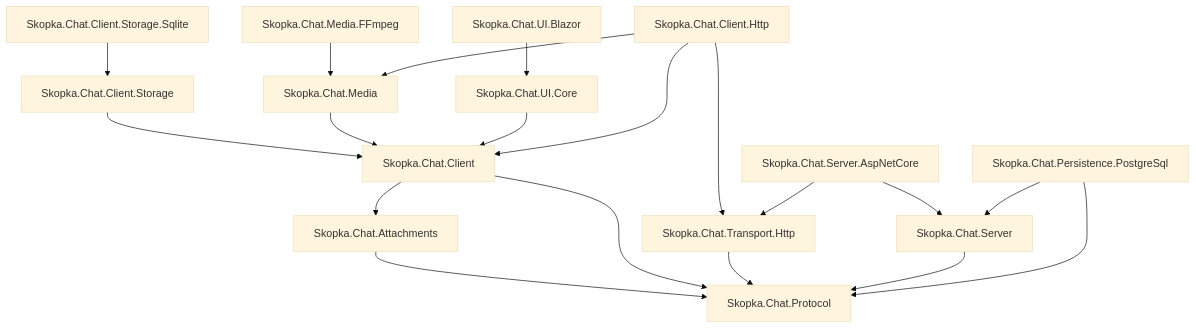
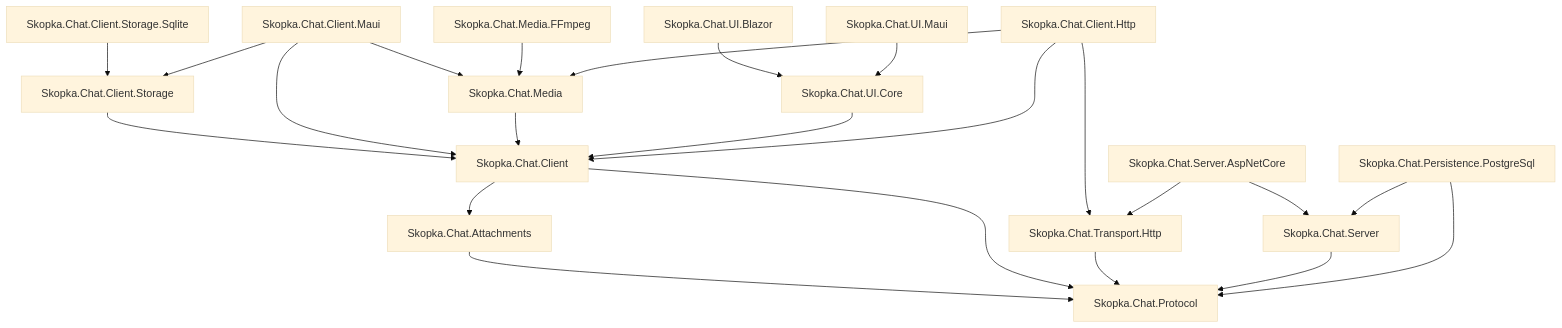
The diagram in docs/development.md (skopka/chat), drawn with Mermaid (base theme) before and after one commit. The commit also changed other lines of this file and 94 other files, not shown here.

Commit message:
feat: add reusable MAUI chat support

````diff
--- a/docs/development.md
+++ b/docs/development.md
@@ -17,22 +18,26 @@
 ```mermaid
 flowchart TD
     Protocol[Skopka.Chat.Protocol]
     Attachments[Skopka.Chat.Attachments] --> Protocol
     Client[Skopka.Chat.Client] --> Protocol
     Client --> Attachments
     ClientStorage[Skopka.Chat.Client.Storage] --> Client
     ClientSqlite[Skopka.Chat.Client.Storage.Sqlite] --> ClientStorage
+    ClientMaui[Skopka.Chat.Client.Maui] --> Client
+    ClientMaui --> ClientStorage
+    ClientMaui --> Media
     Media[Skopka.Chat.Media] --> Client
     Ffmpeg[Skopka.Chat.Media.FFmpeg] --> Media
     UiCore[Skopka.Chat.UI.Core] --> Client
     UiBlazor[Skopka.Chat.UI.Blazor] --> UiCore
+    UiMaui[Skopka.Chat.UI.Maui] --> UiCore
     HttpContract[Skopka.Chat.Transport.Http] --> Protocol
     HttpClient[Skopka.Chat.Client.Http] --> Client
     HttpClient --> Media
     HttpClient --> HttpContract
     Server[Skopka.Chat.Server] --> Protocol
     AspNet[Skopka.Chat.Server.AspNetCore] --> Server
     AspNet --> HttpContract
     Persistence[Skopka.Chat.Persistence.PostgreSql] --> Server
     Persistence --> Protocol
 ```
````
